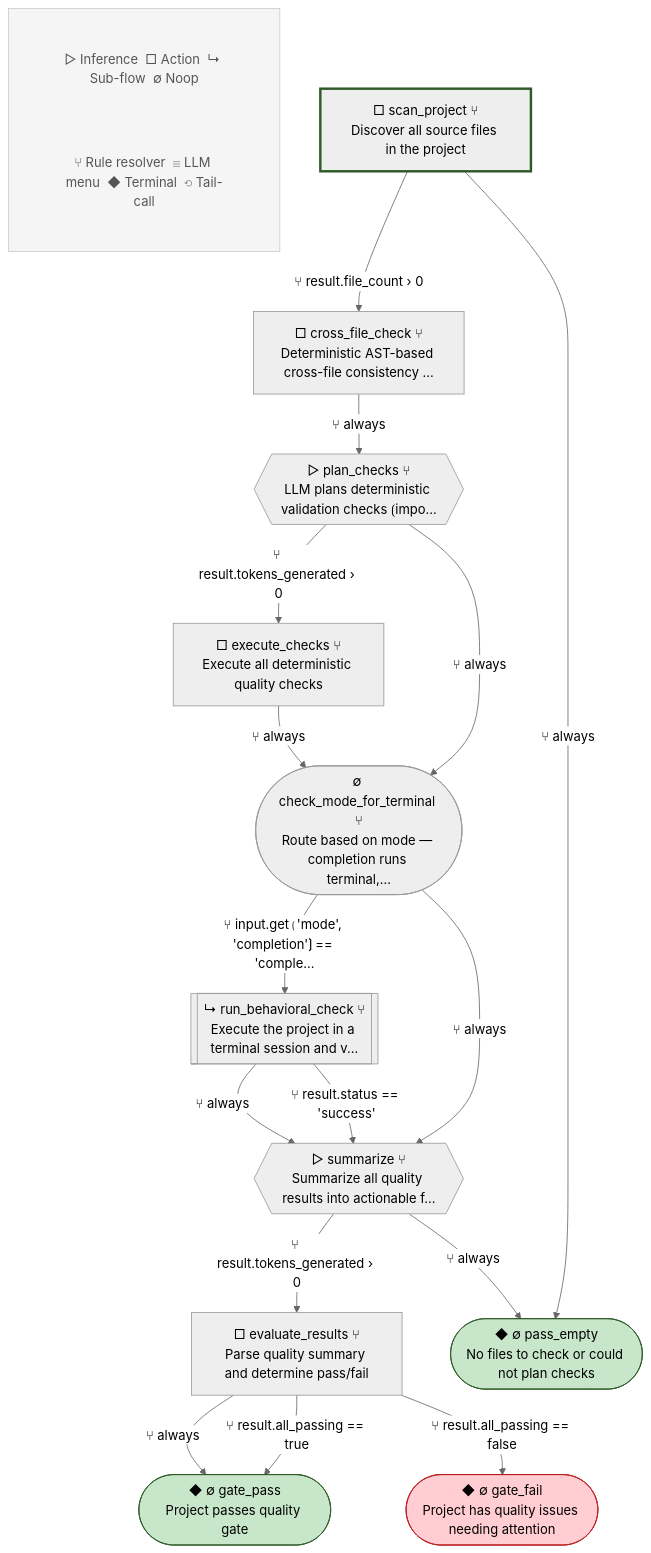
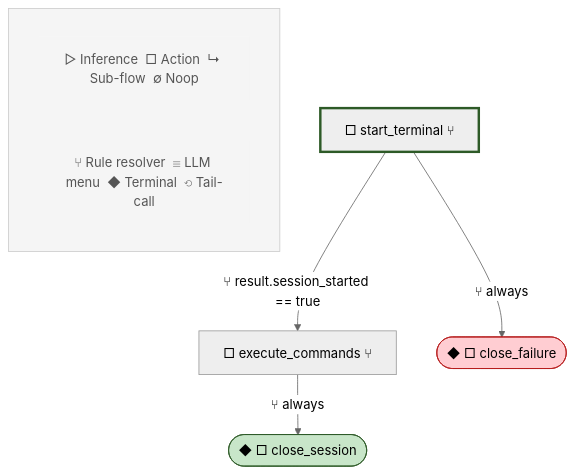
Diagram 19 of 20 in blueprint.md (lah-rb/ouroboros), drawn with Mermaid (neutral theme) before and after one commit. The commit also changed other lines of this file and 207 other files, not shown here.

````diff
--- a/blueprint.md
+++ b/blueprint.md
@@ -1343,46 +1388,26 @@
 ```mermaid
 flowchart TD
-    %% quality_gate v3
+    %% run_commands v1
 
     subgraph Legend[" "]
         L1["▷ Inference  □ Action  ↳ Sub-flow  ∅ Noop"]
         L2["⑂ Rule resolver  ☰ LLM menu  ◆ Terminal  ⟲ Tail-call"]
     end
     style Legend fill:#f5f5f5,stroke:#ccc,stroke-width:1px
     style L1 fill:#f5f5f5,stroke:none,color:#555
     style L2 fill:#f5f5f5,stroke:none,color:#555
 
-    scan_project["□ scan_project ⑂\nDiscover all source files in the project"]
-    cross_file_check["□ cross_file_check ⑂\nDeterministic AST-based cross-file consistency ..."]
-    plan_checks{{"▷ plan_checks ⑂\nLLM plans deterministic validation checks ⟮impo..."}}
-    execute_checks["□ execute_checks ⑂\nExecute all deterministic quality checks"]
-    check_mode_for_terminal(["∅ check_mode_for_terminal ⑂\nRoute based on mode — completion runs terminal,..."])
-    run_behavioral_check[["↳ run_behavioral_check ⑂\nExecute the project in a terminal session and v..."]]
-    summarize{{"▷ summarize ⑂\nSummarize all quality results into actionable f..."}}
-    evaluate_results["□ evaluate_results ⑂\nParse quality summary and determine pass/fail"]
-    gate_pass(["◆ ∅ gate_pass\nProject passes quality gate"])
-    gate_fail(["◆ ∅ gate_fail\nProject has quality issues needing attention"])
-    pass_empty(["◆ ∅ pass_empty\nNo files to check or could not plan checks"])
+    start_terminal["□ start_terminal ⑂"]
+    execute_commands["□ execute_commands ⑂"]
+    close_session(["◆ □ close_session"])
+    close_failure(["◆ □ close_failure"])
 
-    style scan_project stroke-width:3px,stroke:#2d5a27
+    style start_terminal stroke-width:3px,stroke:#2d5a27
 
-    scan_project -->|⑂ result.file_count › 0| cross_file_check
-    scan_project -->|⑂ always| pass_empty
-    cross_file_check -->|⑂ always| plan_checks
-    plan_checks -->|⑂ result.tokens_generated › 0| execute_checks
-    plan_checks -->|⑂ always| check_mode_for_terminal
-    execute_checks -->|⑂ always| check_mode_for_terminal
-    check_mode_for_terminal -->|⑂ input.get⟮'mode', 'completion'⟯ == 'comple...| run_behavioral_check
-    check_mode_for_terminal -->|⑂ always| summarize
-    run_behavioral_check -->|⑂ result.status == 'success'| summarize
-    run_behavioral_check -->|⑂ always| summarize
-    summarize -->|⑂ result.tokens_generated › 0| evaluate_results
-    summarize -->|⑂ always| pass_empty
-    evaluate_results -->|⑂ result.all_passing == true| gate_pass
-    evaluate_results -->|⑂ result.all_passing == false| gate_fail
-    evaluate_results -->|⑂ always| gate_pass
+    start_terminal -->|⑂ result.session_started == true| execute_commands
+    start_terminal -->|⑂ always| close_failure
+    execute_commands -->|⑂ always| close_session
 
-    style gate_pass fill:#c8e6c9,stroke:#2d5a27
-    style gate_fail fill:#ffcdd2,stroke:#b71c1c
-    style pass_empty fill:#c8e6c9,stroke:#2d5a27
+    style close_session fill:#c8e6c9,stroke:#2d5a27
+    style close_failure fill:#ffcdd2,stroke:#b71c1c
 ```
````
